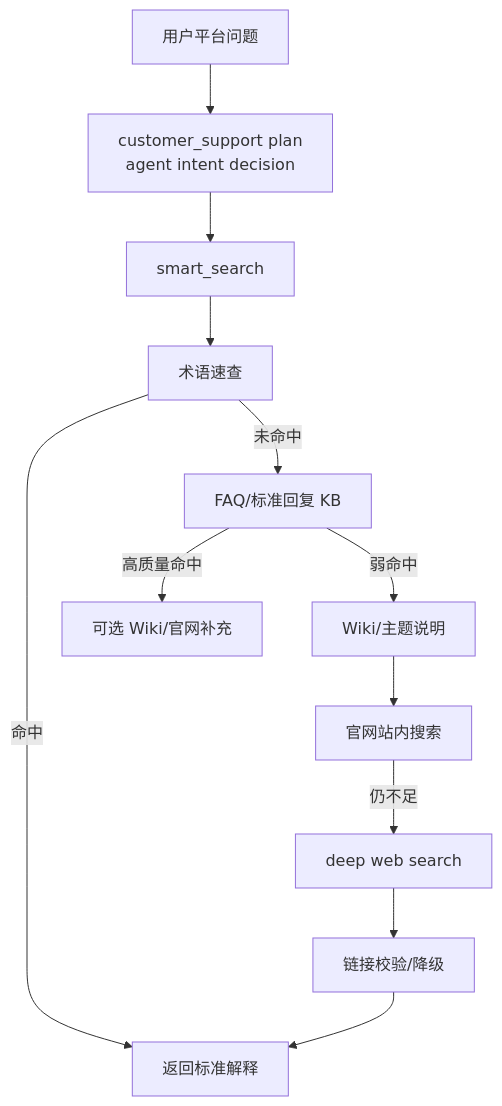
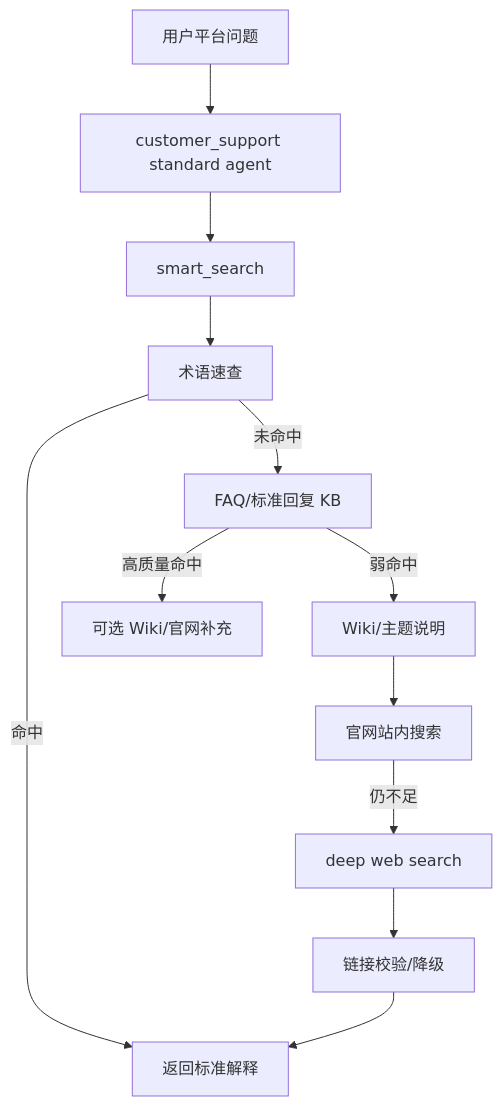
The diagram in docs/KNOWLEDGE_BASE_GUIDE.md (lr12338/hifleet-agent), drawn with Mermaid before and after one commit. The commit also changed other lines of this file and 9 other files, not shown here.

````diff
--- a/docs/KNOWLEDGE_BASE_GUIDE.md
+++ b/docs/KNOWLEDGE_BASE_GUIDE.md
@@ -13,14 +13,14 @@
 ```mermaid
 flowchart TD
-    Q[用户平台问题] --> Plan[customer_support plan<br/>agent intent decision]
-    Plan --> Smart[smart_search]
+    Q[用户平台问题] --> Agent[customer_support standard agent]
+    Agent --> Smart[smart_search]
     Smart --> L1[术语速查]
     L1 -->|命中| Done[返回标准解释]
     L1 -->|未命中| L2[FAQ/标准回复 KB]
     L2 -->|高质量命中| L3[可选 Wiki/官网补充]
     L2 -->|弱命中| L4[Wiki/主题说明]
     L4 --> L5[官网站内搜索]
     L5 -->|仍不足| L6[deep web search]
     L6 --> Check[链接校验/降级]
     Check --> Done
 ```
````
